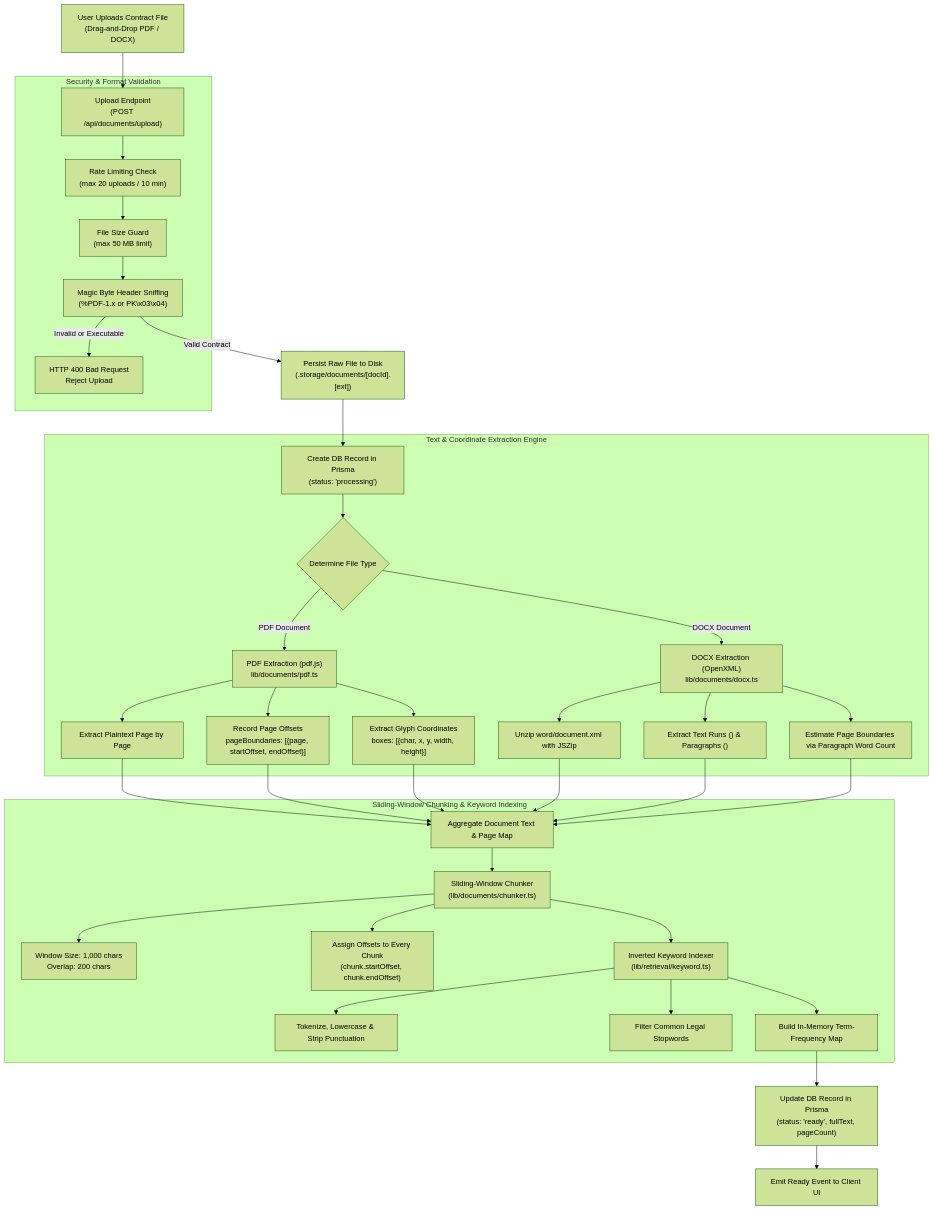
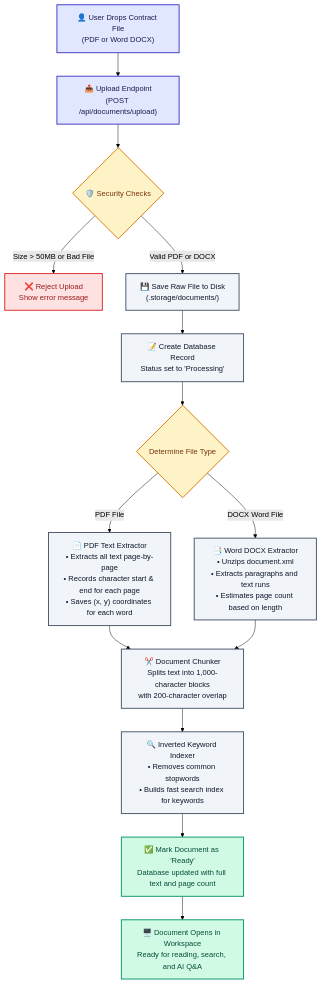
The diagram in diagram/02-document-ingestion-pipeline.md (MahirPatel2005/ContractAI), drawn with Mermaid (forest theme) before and after one commit. The commit also changed other lines of this file and 11 other files, not shown here.

Commit message:
feat: add build script for diagram SVGs and update markdown documentation with visual flowcharts

````diff
--- a/diagram/02-document-ingestion-pipeline.md
+++ b/diagram/02-document-ingestion-pipeline.md
@@ -9,44 +15,44 @@
 ```mermaid
 flowchart TD
-    A["User Uploads Contract File<br/>(Drag-and-Drop PDF / DOCX)"] --> B["Upload Endpoint<br/>(POST /api/documents/upload)"]
+    %% 1. Upload
+    A["👤 User Drops Contract File<br/>(PDF or Word DOCX)"] --> B["📤 Upload Endpoint<br/>(POST /api/documents/upload)"]
 
-    subgraph SecurityValidation["Security & Format Validation"]
-        B --> C["Rate Limiting Check<br/>(max 20 uploads / 10 min)"]
-        C --> D["File Size Guard<br/>(max 50 MB limit)"]
-        D --> E["Magic Byte Header Sniffing<br/>(%PDF-1.x or PK\x03\x04)"]
-        E -->|Invalid or Executable| F["HTTP 400 Bad Request<br/>Reject Upload"]
-    end
+    %% 2. Security Check
+    B --> C{"🛡️ Security Checks"}
+    C -->|Size > 50MB or Bad File| D["❌ Reject Upload<br/>Show error message"]
+    C -->|Valid PDF or DOCX| E["💾 Save Raw File to Disk<br/>(.storage/documents/)"]
 
-    E -->|Valid Contract| G["Persist Raw File to Disk<br/>(.storage/documents/[docId].[ext])"]
-    G --> H["Create DB Record in Prisma<br/>(status: 'processing')"]
+    %% 3. Status
+    E --> F["📝 Create Database Record<br/>Status set to 'Processing'"]
 
-    subgraph ParsingEngine["Text & Coordinate Extraction Engine"]
-        H --> I{"Determine File Type"}
-        
-        I -->|PDF Document| J["PDF Extraction (pdf.js)<br/>lib/documents/pdf.ts"]
-        J --> J1["Extract Plaintext Page by Page"]
-        J --> J2["Record Page Offsets<br/>pageBoundaries: [{page, startOffset, endOffset}]"]
-        J --> J3["Extract Glyph Coordinates<br/>boxes: [{char, x, y, width, height}]"]
+    %% 4. Text Extraction
+    F --> G{"Determine File Type"}
+    
+    G -->|PDF File| H["📄 PDF Text Extractor<br/>• Extracts all text page-by-page<br/>• Records character start & end for each page<br/>• Saves (x, y) coordinates for each word"]
+    
+    G -->|DOCX Word File| I["📑 Word DOCX Extractor<br/>• Unzips document.xml<br/>• Extracts paragraphs and text runs<br/>• Estimates page count based on length"]
 
-        I -->|DOCX Document| K["DOCX Extraction (OpenXML)<br/>lib/documents/docx.ts"]
-        K --> K1["Unzip word/document.xml with JSZip"]
-        K --> K2["Extract Text Runs (<w:t>) & Paragraphs (<w:p>)"]
-        K --> K3["Estimate Page Boundaries via Paragraph Word Count"]
-    end
+    %% 5. Chunking
+    H --> J["✂️ Document Chunker<br/>Splits text into 1,000-character blocks<br/>with 200-character overlap"]
+    I --> J
 
-    J1 & J2 & J3 --> L["Aggregate Document Text & Page Map"]
-    K1 & K2 & K3 --> L
+    %% 6. Indexing
+    J --> K["🔍 Inverted Keyword Indexer<br/>• Removes common stopwords<br/>• Builds fast search index for keywords"]
 
-    subgraph ChunkingAndIndexing["Sliding-Window Chunking & Keyword Indexing"]
-        L --> M["Sliding-Window Chunker<br/>(lib/documents/chunker.ts)"]
-        M --> M1["Window Size: 1,000 chars<br/>Overlap: 200 chars"]
-        M --> M2["Assign Offsets to Every Chunk<br/>(chunk.startOffset, chunk.endOffset)"]
-        M --> N["Inverted Keyword Indexer<br/>(lib/retrieval/keyword.ts)"]
-        N --> N1["Tokenize, Lowercase & Strip Punctuation"]
-        N --> N2["Filter Common Legal Stopwords"]
-        N --> N3["Build In-Memory Term-Frequency Map"]
-    end
+    %% 7. Ready
+    K --> L["✅ Mark Document as 'Ready'<br/>Database updated with full text and page count"]
+    L --> M["🖥️ Document Opens in Workspace<br/>Ready for reading, search, and AI Q&A"]
 
-    N3 --> O["Update DB Record in Prisma<br/>(status: 'ready', fullText, pageCount)"]
-    O --> P["Emit Ready Event to Client UI"]
+    %% Styling
+    classDef startNode fill:#e0e7ff,stroke:#4338ca,stroke-width:2px,color:#1e1b4b;
+    classDef checkNode fill:#fef3c7,stroke:#d97706,stroke-width:2px,color:#78350f;
+    classDef errNode fill:#fee2e2,stroke:#dc2626,stroke-width:2px,color:#991b1b;
+    classDef processNode fill:#f1f5f9,stroke:#475569,stroke-width:2px,color:#0f172a;
+    classDef successNode fill:#d1fae5,stroke:#059669,stroke-width:2px,color:#064e3b;
+
+    class A,B startNode;
+    class C,G checkNode;
+    class D errNode;
+    class E,F,H,I,J,K processNode;
+    class L,M successNode;
 ```
````
